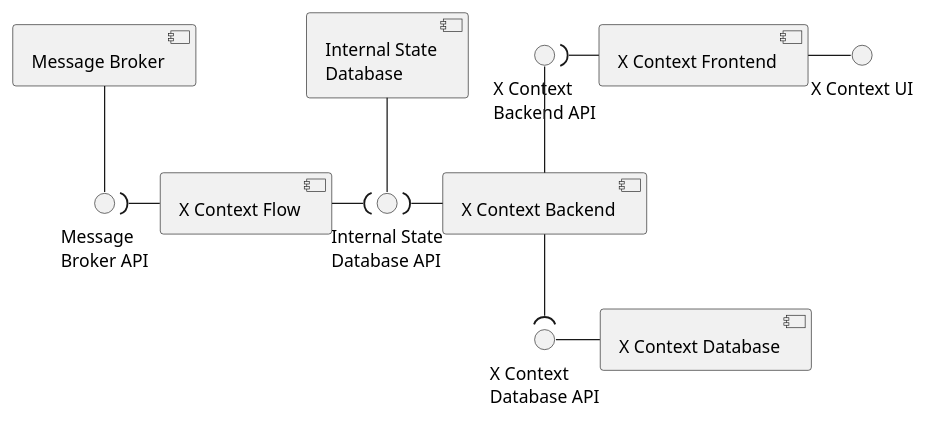
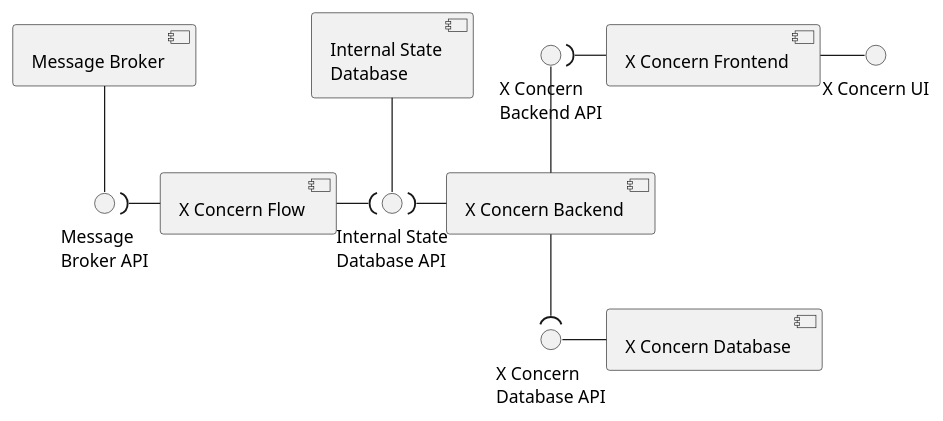
One commit to FilipeMCruz/dissertation changed the diagram in assets/diagrams/design/alternatives/internal/alternative4.pu. Above: the diagram before and after it, drawn with PlantUML. The commit also changed 264 other files, not shown here.

```diff
--- a/assets/diagrams/design/alternatives/internal/alternative4.pu
+++ b/assets/diagrams/design/alternatives/internal/alternative4.pu
@@ -1,33 +1,33 @@
 @startuml alternative4
 
 skinparam sequenceMessageAlign center
 skinparam Shadowing false
 skinparam componentStyle uml2
 skinparam packageStyle rectangle
 
-component "X Context Frontend" as FRONT
-component "X Context Backend" as BACK
-component "X Context Database" as DB
+component "X Concern Frontend" as FRONT
+component "X Concern Backend" as BACK
+component "X Concern Database" as DB
 component "Message Broker" as MB
-component "X Context Flow" as FLOW
+component "X Concern Flow" as FLOW
 component "Internal State\nDatabase" as SHAR
 
 interface "Message\nBroker API" as MB_API
-interface "X Context\nDatabase API" as DB_API
-interface "X Context\nBackend API" as BACK_API
-interface "X Context UI" as FRONT_API
+interface "X Concern\nDatabase API" as DB_API
+interface "X Concern\nBackend API" as BACK_API
+interface "X Concern UI" as FRONT_API
 interface "Internal State\nDatabase API" as SHAR_API
 
 SHAR -- SHAR_API
 MB -- MB_API
 DB_API - DB
 BACK_API -- BACK
 FRONT - FRONT_API
 
 BACK_API )- FRONT
 BACK --( DB_API
 SHAR_API )- BACK
 FLOW -( SHAR_API
 MB_API )- FLOW
 
 @enduml
```
